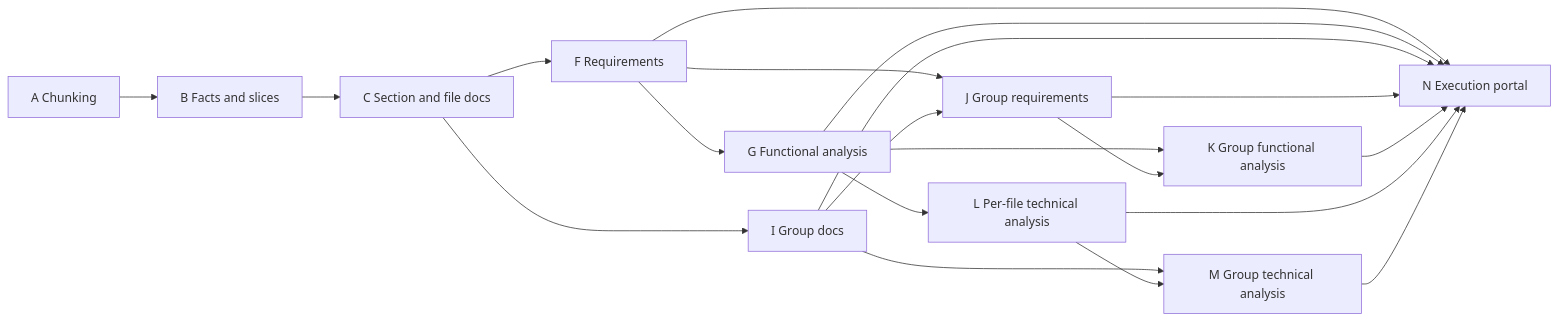
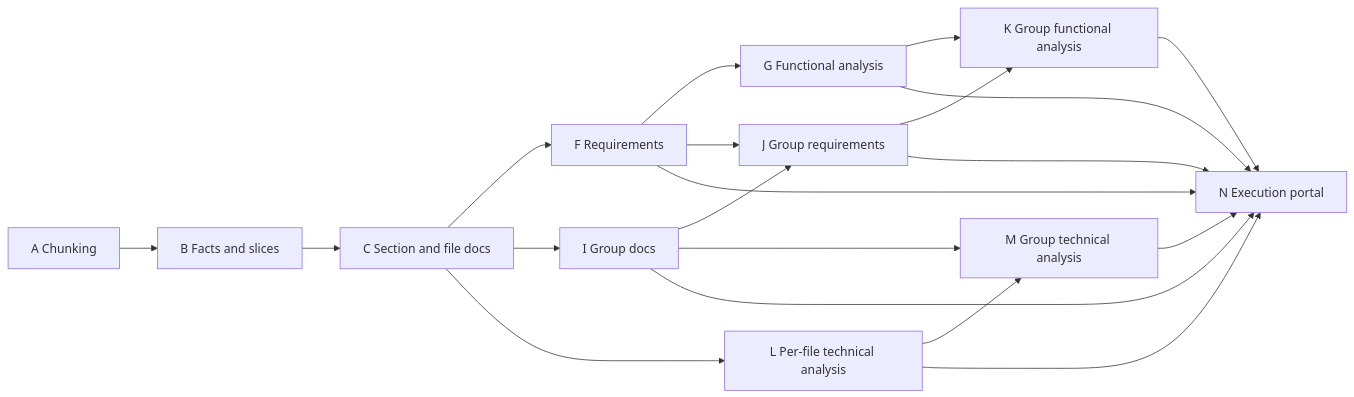
Before and after one commit to microsoft/cobol-docs-pipeline-sample: the diagram in site-docs/concepts/dag.md, drawn with Mermaid. The commit also changed other lines of this file and 127 other files, not shown here.

````diff
--- a/site-docs/concepts/dag.md
+++ b/site-docs/concepts/dag.md
@@ -13,22 +13,22 @@
 ```mermaid
 flowchart LR
     A[A Chunking] --> B[B Facts and slices]
     B --> C[C Section and file docs]
     C --> F[F Requirements]
     F --> G[G Functional analysis]
     C --> I[I Group docs]
     F --> J[J Group requirements]
     I --> J
     G --> K[K Group functional analysis]
     J --> K
-    G --> L[L Per-file technical analysis]
+    C --> L[L Per-file technical analysis]
     I --> M[M Group technical analysis]
     L --> M
     F --> N[N Execution portal]
     G --> N
     I --> N
     J --> N
     K --> N
     L --> N
     M --> N
 ```
````
